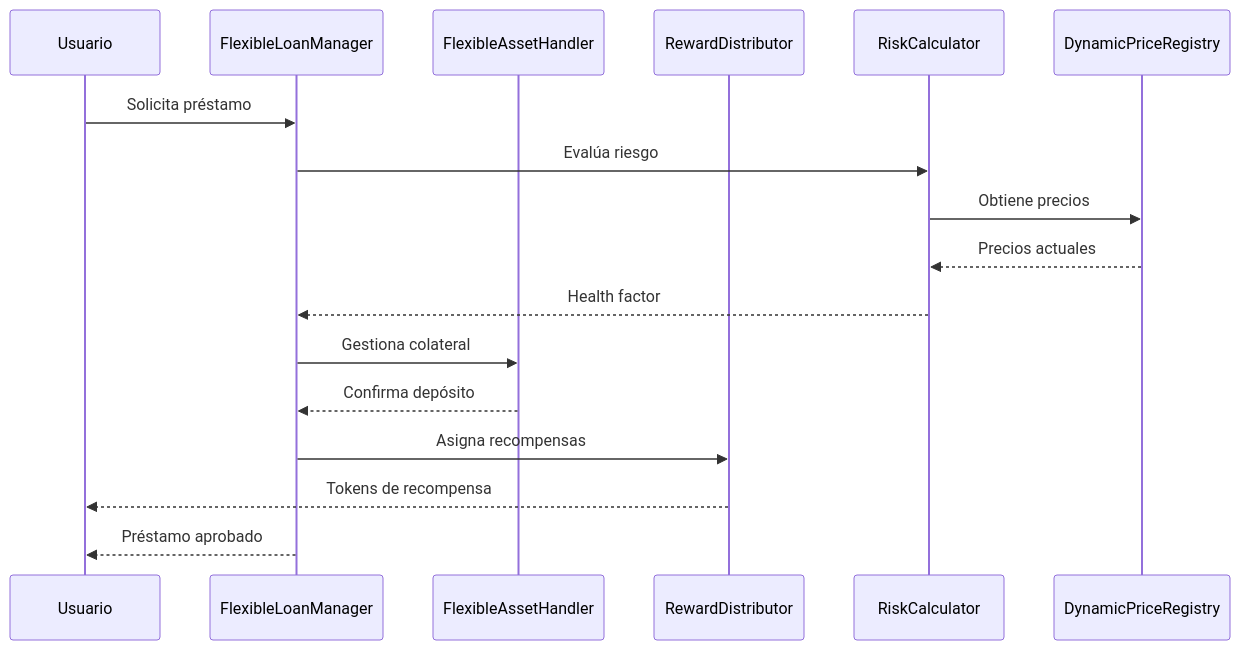
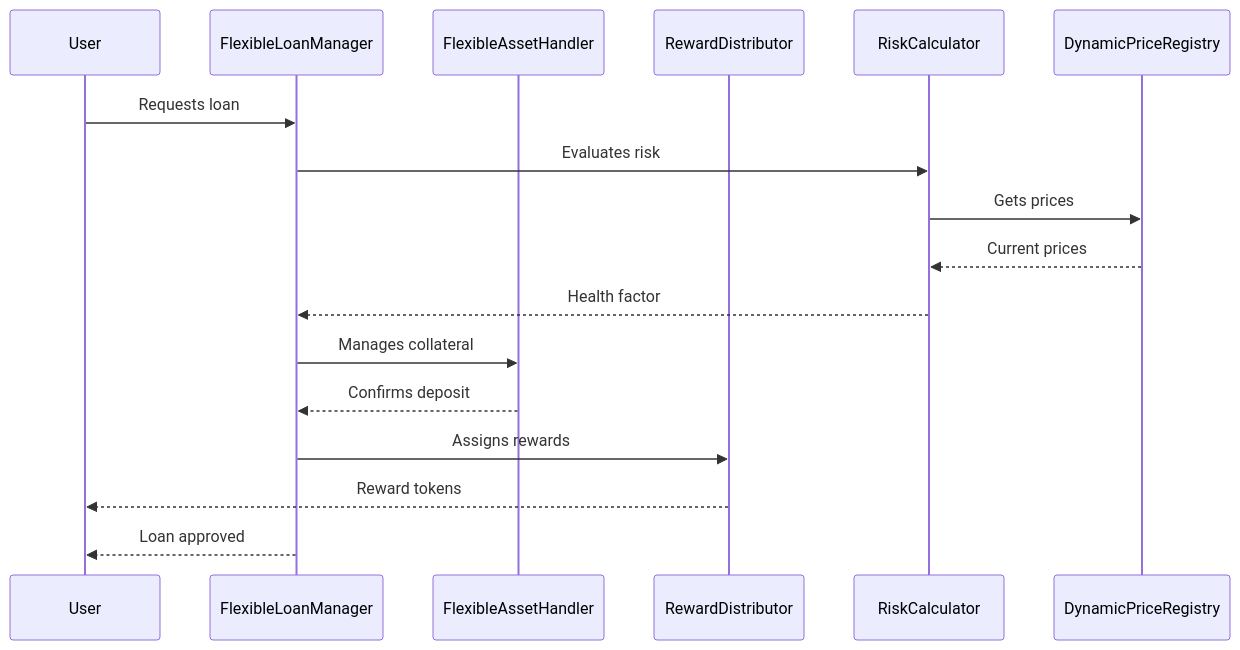
Before and after one commit to rofergon/Vcop-Collateral-system-hook-main: the second of 2 diagrams in src/README.md, drawn with Mermaid. The commit also changed other lines of this file, not shown here.

````diff
--- a/src/README.md
+++ b/src/README.md
@@ -338,20 +338,20 @@
 ```mermaid
 sequenceDiagram
-    participant U as Usuario
+    participant U as User
     participant FLM as FlexibleLoanManager
     participant FAH as FlexibleAssetHandler
     participant RD as RewardDistributor
     participant RC as RiskCalculator
     participant DPR as DynamicPriceRegistry
     
-    U->>FLM: Solicita préstamo
-    FLM->>RC: Evalúa riesgo
-    RC->>DPR: Obtiene precios
-    DPR-->>RC: Precios actuales
+    U->>FLM: Requests loan
+    FLM->>RC: Evaluates risk
+    RC->>DPR: Gets prices
+    DPR-->>RC: Current prices
     RC-->>FLM: Health factor
-    FLM->>FAH: Gestiona colateral
-    FAH-->>FLM: Confirma depósito
-    FLM->>RD: Asigna recompensas
-    RD-->>U: Tokens de recompensa
-    FLM-->>U: Préstamo aprobado
+    FLM->>FAH: Manages collateral
+    FAH-->>FLM: Confirms deposit
+    FLM->>RD: Assigns rewards
+    RD-->>U: Reward tokens
+    FLM-->>U: Loan approved
 ```
````
